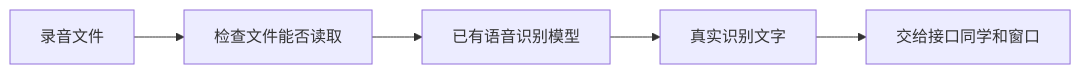
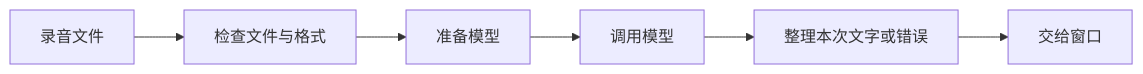
One commit to dreamcather726/ai-interaction-ui changed the diagram in docs/知识点/第二周/AI 端侧工程师｜第二周专业知识自学清单.md. Above: the diagram before and after it, drawn with Mermaid. The commit also changed other lines of this file and 8 other files, not shown here.

````diff
--- a/docs/知识点/第二周/AI 端侧工程师｜第二周专业知识自学清单.md
+++ b/docs/知识点/第二周/AI 端侧工程师｜第二周专业知识自学清单.md
@@ -9,7 +9,8 @@
 ```mermaid
 flowchart LR
-    A[录音文件] --> B[检查文件能否读取]
-    B --> C[已有语音识别模型]
-    C --> D[真实识别文字]
-    D --> E[交给接口同学和窗口]
+    A[录音文件] --> B[检查文件与格式]
+    B --> C[准备模型]
+    C --> D[调用模型]
+    D --> E[整理本次文字或错误]
+    E --> F[交给窗口]
 ```
````
